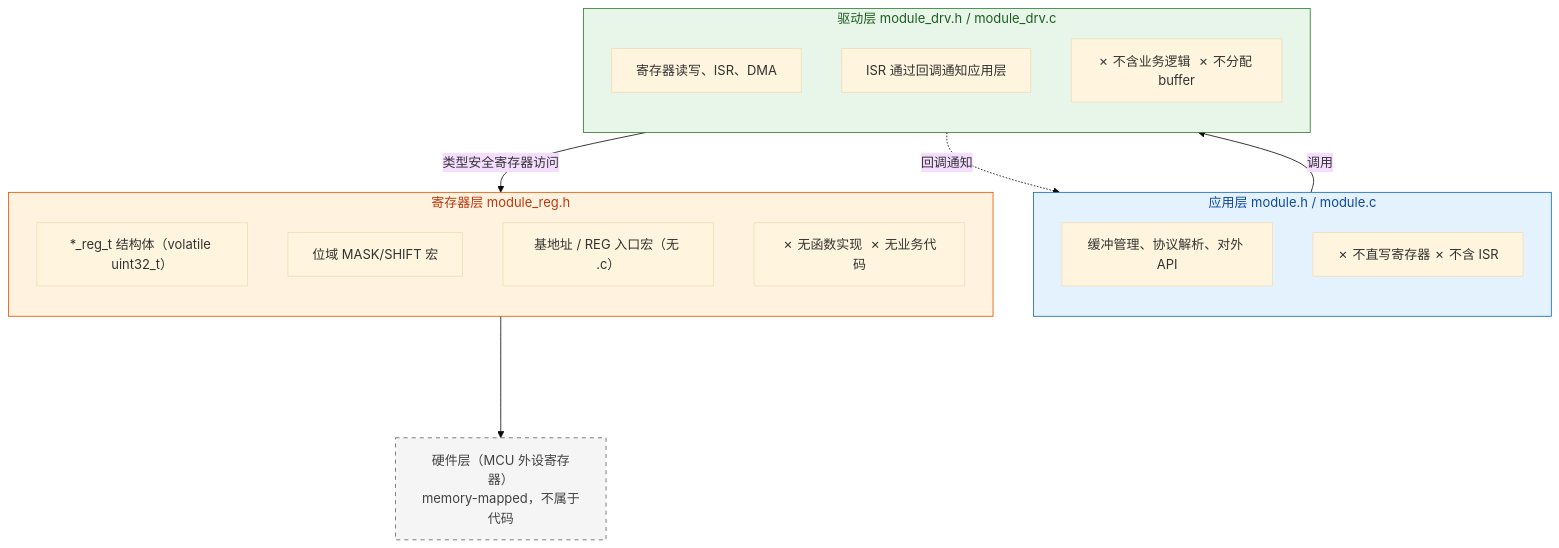
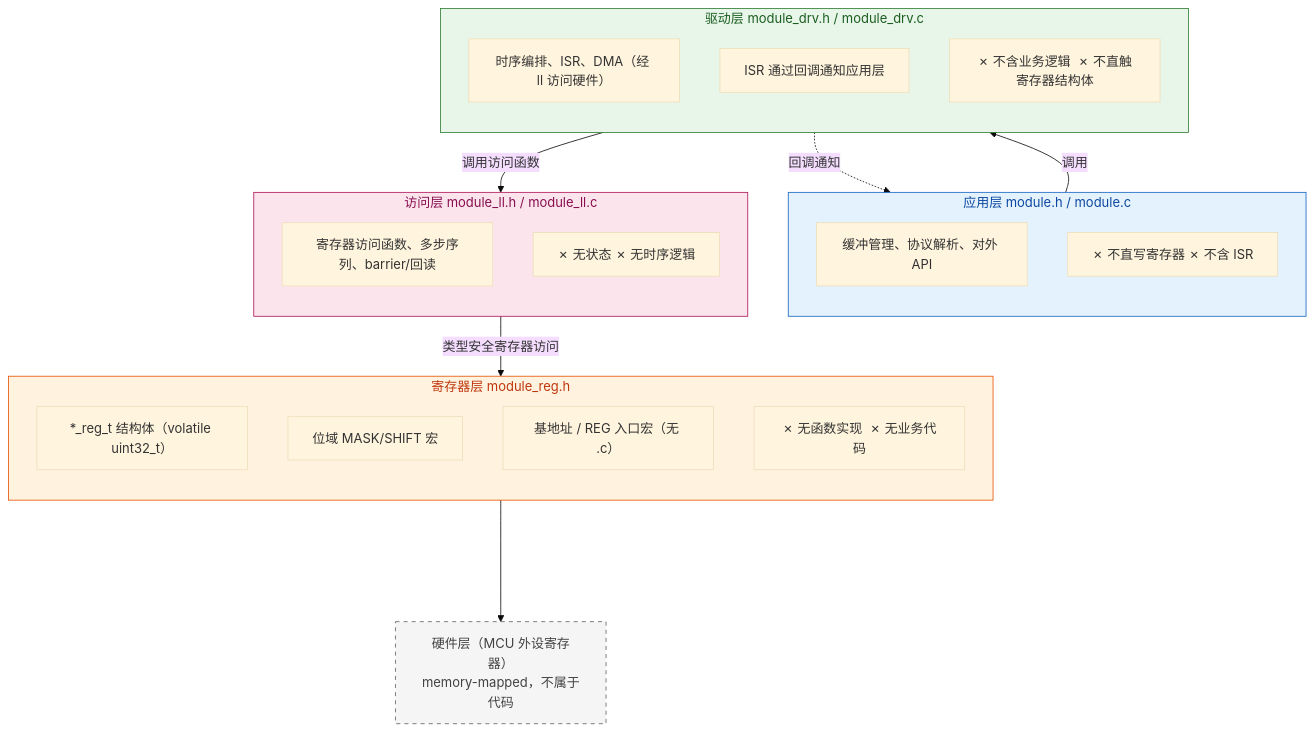
Before and after one commit to leon-2050/embedded-code-skill: the diagram in README.md, drawn with Mermaid (base theme). The commit also changed other lines of this file and 4 other files, not shown here.

````diff
--- a/README.md
+++ b/README.md
@@ -30,35 +29,43 @@
 ```mermaid
 flowchart TB
     subgraph APP["应用层  module.h / module.c"]
         direction TB
         A1["缓冲管理、协议解析、对外 API"]
         A_ban["✗ 不直写寄存器  ✗ 不含 ISR"]
     end
 
     subgraph DRV["驱动层  module_drv.h / module_drv.c"]
         direction TB
-        D1["寄存器读写、ISR、DMA"]
+        D1["时序编排、ISR、DMA（经 ll 访问硬件）"]
         D2["ISR 通过回调通知应用层"]
-        D_ban["✗ 不含业务逻辑  ✗ 不分配 buffer"]
+        D_ban["✗ 不含业务逻辑  ✗ 不直触寄存器结构体"]
+    end
+
+    subgraph LL["访问层  module_ll.h / module_ll.c"]
+        direction TB
+        L1["寄存器访问函数、多步序列、barrier/回读"]
+        L_ban["✗ 无状态  ✗ 无时序逻辑"]
     end
 
     subgraph REG["寄存器层  module_reg.h"]
         direction TB
         R1["*_reg_t 结构体（volatile uint32_t）"]
         R2["位域 MASK/SHIFT 宏"]
         R3["基地址 / REG 入口宏（无 .c）"]
         R_ban["✗ 无函数实现  ✗ 无业务代码"]
     end
 
     HW["硬件层（MCU 外设寄存器）<br/>memory-mapped，不属于代码"]
 
     APP -->|调用| DRV
     DRV -.->|回调通知| APP
-    DRV -->|类型安全寄存器访问| REG
+    DRV -->|调用访问函数| LL
+    LL -->|类型安全寄存器访问| REG
     REG ----> HW
 
     style APP fill:#e3f2fd,stroke:#1565c0,color:#0d47a1
     style DRV fill:#e8f5e9,stroke:#2e7d32,color:#1b5e20
+    style LL fill:#fce4ec,stroke:#ad1457,color:#880e4f
     style REG fill:#fff3e0,stroke:#e65100,color:#bf360c
     style HW fill:#f5f5f5,stroke:#616161,color:#424242,stroke-dasharray: 5 5
 ```
````
